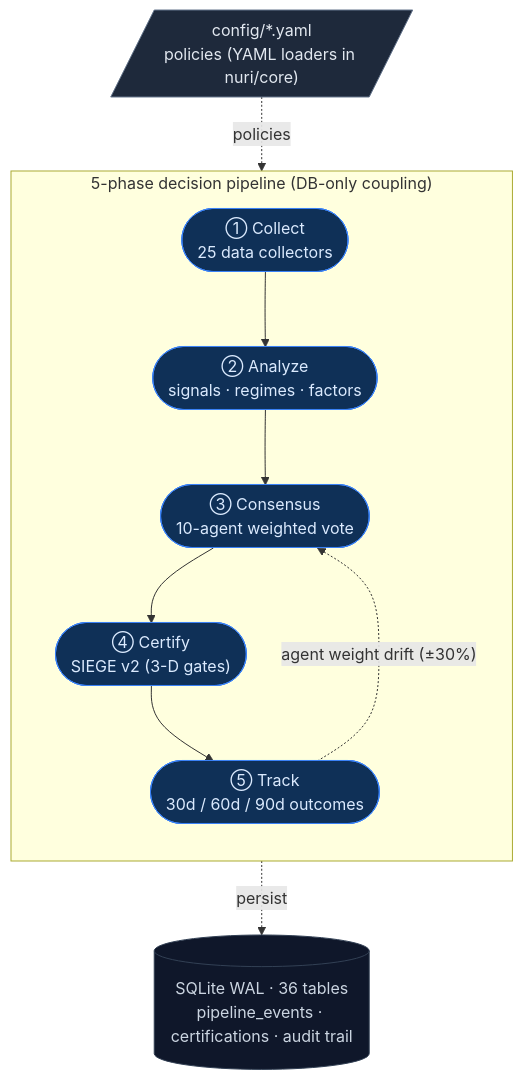
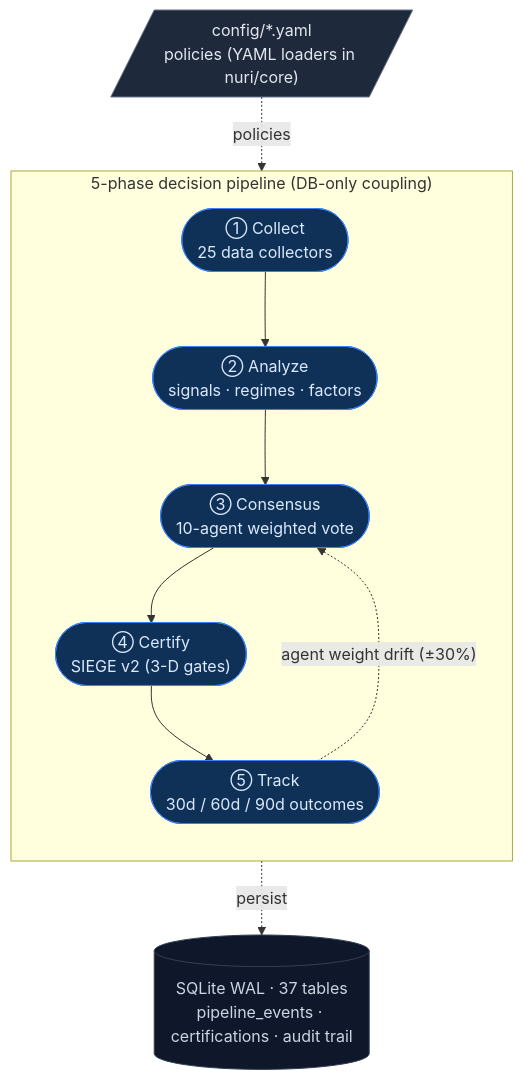
Before and after one commit to researcherhojin/nuri-quant: the diagram in README.md, drawn with Mermaid. The commit also changed 10 other files, not shown here.

````diff
--- a/README.md
+++ b/README.md
@@ -17,25 +17,25 @@
 ```mermaid
 flowchart TB
     CFG[/"config/*.yaml<br/>policies (YAML loaders in nuri/core)"/]:::source
 
     subgraph Pipeline["5-phase decision pipeline (DB-only coupling)"]
         direction TB
         A(["① Collect<br/>25 data collectors"]):::pipe
         B(["② Analyze<br/>signals · regimes · factors"]):::pipe
         C(["③ Consensus<br/>10-agent weighted vote"]):::pipe
         D(["④ Certify<br/>SIEGE v2 (3-D gates)"]):::pipe
         E(["⑤ Track<br/>30d / 60d / 90d outcomes"]):::pipe
 
         A --> B --> C --> D --> E
         E -. "agent weight drift (±30%)" .-> C
     end
 
-    DB[("SQLite WAL · 36 tables<br/>pipeline_events · certifications · audit trail")]:::sink
+    DB[("SQLite WAL · 37 tables<br/>pipeline_events · certifications · audit trail")]:::sink
 
     CFG -. policies .-> Pipeline
     Pipeline -. persist .-> DB
 
     classDef source fill:#1e293b,stroke:#64748b,color:#e2e8f0
     classDef pipe   fill:#0f3057,stroke:#3b82f6,color:#dbeafe
     classDef sink   fill:#0f172a,stroke:#334155,color:#cbd5e1
 ```
````
